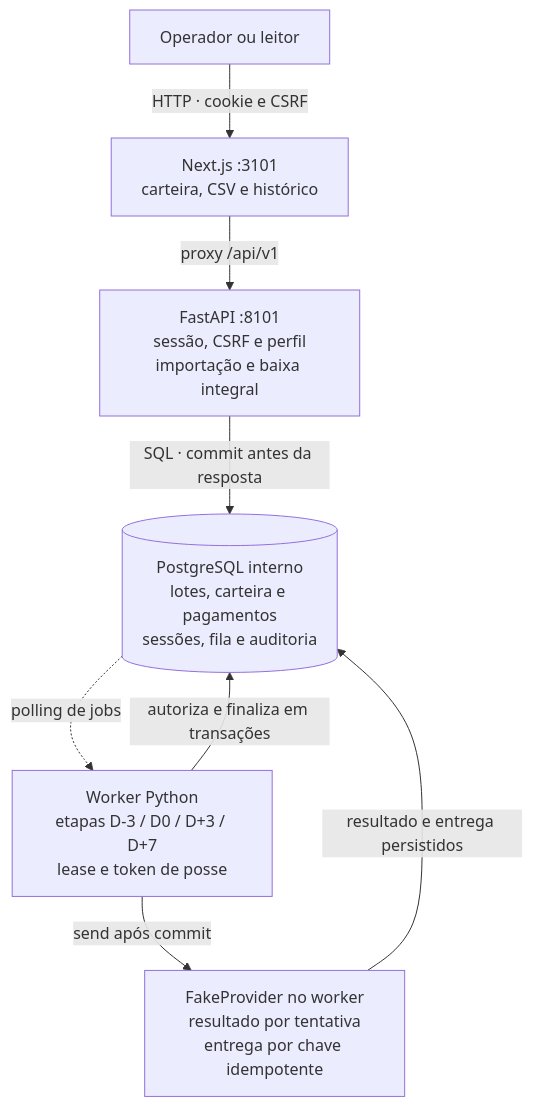
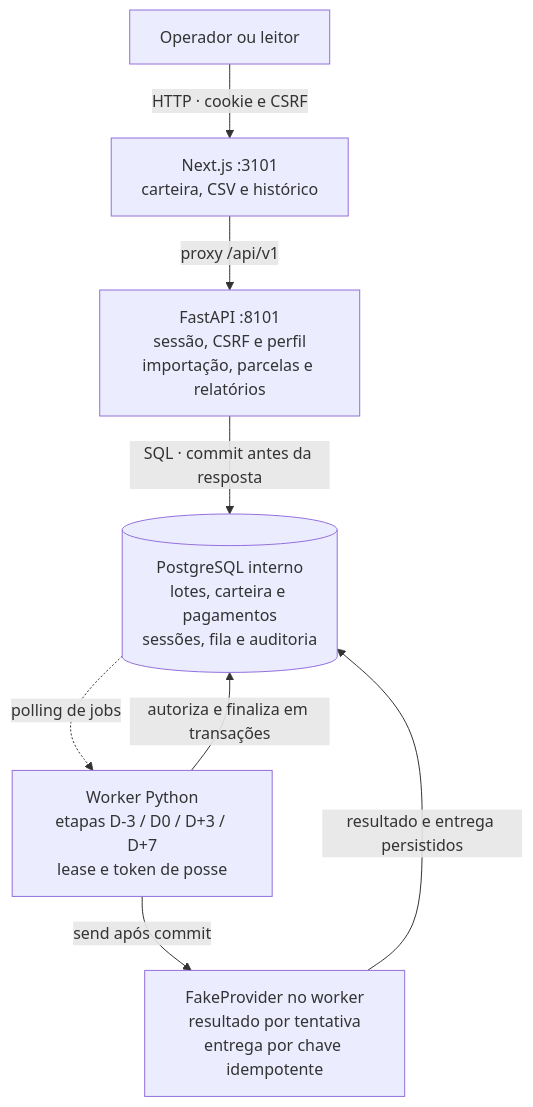
Before and after one commit to arthurjoanes/gestao-recebiveis: the diagram in README.md, drawn with Mermaid. The commit also changed other lines of this file and 49 other files, not shown here.

````diff
--- a/README.md
+++ b/README.md
@@ -46,16 +46,16 @@
 ```mermaid
 flowchart TB
     Browser["Operador ou leitor"]
     Web["Next.js :3101<br/>carteira, CSV e histórico"]
-    API["FastAPI :8101<br/>sessão, CSRF e perfil<br/>importação e baixa integral"]
+    API["FastAPI :8101<br/>sessão, CSRF e perfil<br/>importação, parcelas e relatórios"]
     DB[("PostgreSQL interno<br/>lotes, carteira e pagamentos<br/>sessões, fila e auditoria")]
     Worker["Worker Python<br/>etapas D-3 / D0 / D+3 / D+7<br/>lease e token de posse"]
     Fake["FakeProvider no worker<br/>resultado por tentativa<br/>entrega por chave idempotente"]
     Browser -->|"HTTP · cookie e CSRF"| Web
     Web -->|"proxy /api/v1"| API
     API -->|"SQL · commit antes da resposta"| DB
     DB -.->|"polling de jobs"| Worker
     Worker -->|"autoriza e finaliza em transações"| DB
     Worker -->|"send após commit"| Fake
     Fake -->|"resultado e entrega persistidos"| DB
 ```
````
